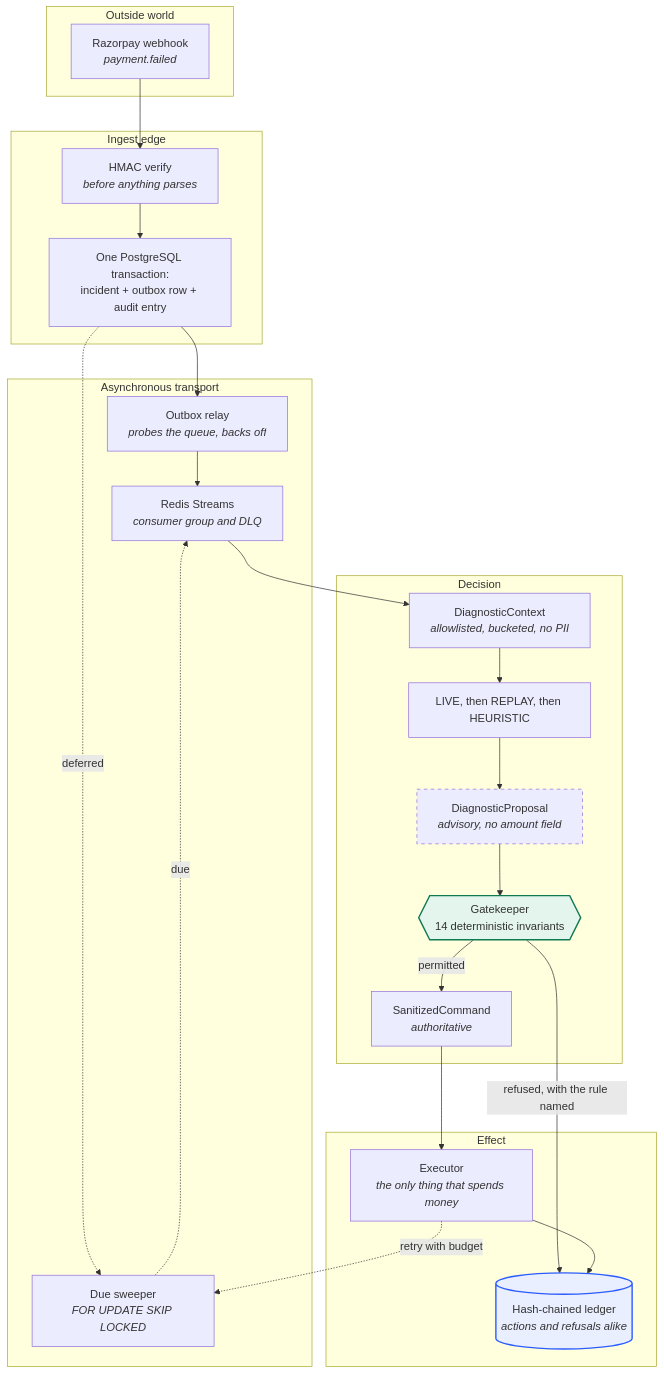
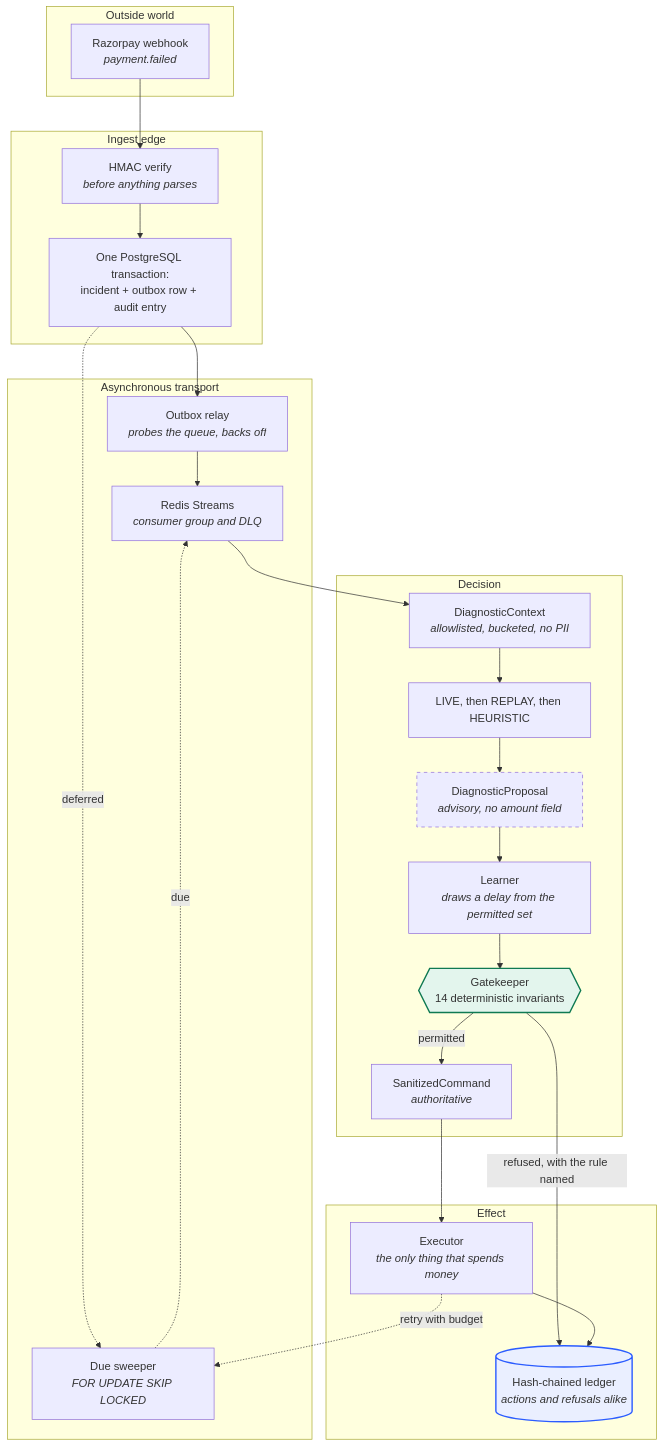
Before and after one commit to vighriday/ResilientMesh-Razorpaybuildathon: the first of 3 diagrams in README.md, drawn with Mermaid. The commit also changed other lines of this file and 4 other files, not shown here.

````diff
--- a/README.md
+++ b/README.md
@@ -299,43 +224,40 @@
 ```mermaid
 flowchart TB
     subgraph edge["Outside world"]
         WH["Razorpay webhook<br/><i>payment.failed</i>"]
     end
-
     subgraph ingest["Ingest edge"]
         HMAC["HMAC verify<br/><i>before anything parses</i>"]
         TX["One PostgreSQL transaction:<br/>incident + outbox row + audit entry"]
     end
-
     subgraph transport["Asynchronous transport"]
         RELAY["Outbox relay<br/><i>probes the queue, backs off</i>"]
         STREAM["Redis Streams<br/><i>consumer group and DLQ</i>"]
         SWEEP["Due sweeper<br/><i>FOR UPDATE SKIP LOCKED</i>"]
     end
-
     subgraph decide["Decision"]
         CTX["DiagnosticContext<br/><i>allowlisted, bucketed, no PII</i>"]
         TIERS["LIVE, then REPLAY, then HEURISTIC"]
         PROP["DiagnosticProposal<br/><i>advisory, no amount field</i>"]
+        BANDIT["Learner<br/><i>draws a delay from the permitted set</i>"]
         GATE{{"Gatekeeper<br/>14 deterministic invariants"}}
         CMD["SanitizedCommand<br/><i>authoritative</i>"]
     end
-
     subgraph act["Effect"]
         EXEC["Executor<br/><i>the only thing that spends money</i>"]
         LEDGER[("Hash-chained ledger<br/><i>actions and refusals alike</i>")]
     end
 
     WH --> HMAC --> TX
     TX --> RELAY --> STREAM --> CTX
     TX -. deferred .-> SWEEP -. due .-> STREAM
-    CTX --> TIERS --> PROP --> GATE
+    CTX --> TIERS --> PROP --> BANDIT --> GATE
     GATE -->|permitted| CMD --> EXEC
     GATE -->|refused, with the rule named| LEDGER
     EXEC --> LEDGER
     EXEC -. retry with budget .-> SWEEP
 
     style GATE fill:#e3f5ed,stroke:#0f7a52,stroke-width:2px
     style PROP stroke-dasharray: 5 5
     style LEDGER fill:#eaefff,stroke:#2b5cff,stroke-width:2px
 ```
````
